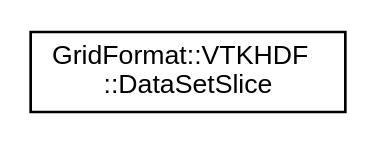
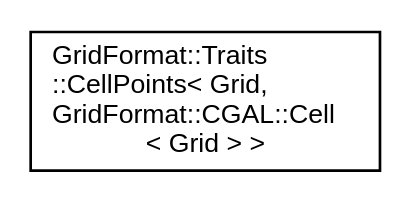
Before and after one commit to dglaeser/gridformat: the diagram in inherit_graph_42.dot, drawn with Graphviz. The commit also changed 484 other files, not shown here.

```diff
--- a/inherit_graph_42.dot
+++ b/inherit_graph_42.dot
@@ -1,8 +1,8 @@
 digraph "Graphical Class Hierarchy"
 {
  // LATEX_PDF_SIZE
   edge [fontname="Helvetica",fontsize="10",labelfontname="Helvetica",labelfontsize="10"];
   node [fontname="Helvetica",fontsize="10",shape=record];
   rankdir="LR";
-  Node0 [label="GridFormat::VTKHDF\l::DataSetSlice",height=0.2,width=0.4,color="black", fillcolor="white", style="filled",URL="$structGridFormat_1_1VTKHDF_1_1DataSetSlice.html",tooltip=" "];
+  Node0 [label="GridFormat::Traits\l::CellPoints\< Grid,\l GridFormat::CGAL::Cell\l\< Grid \> \>",height=0.2,width=0.4,color="black", fillcolor="white", style="filled",URL="$structGridFormat_1_1Traits_1_1CellPoints_3_01Grid_00_01GridFormat_1_1CGAL_1_1Cell_3_01Grid_01_4_01_4.html",tooltip=" "];
 }
```
